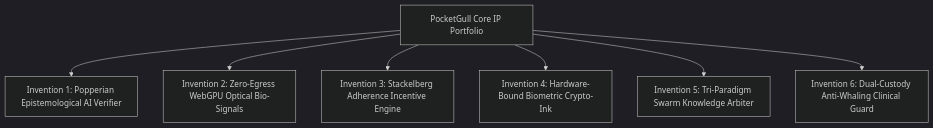
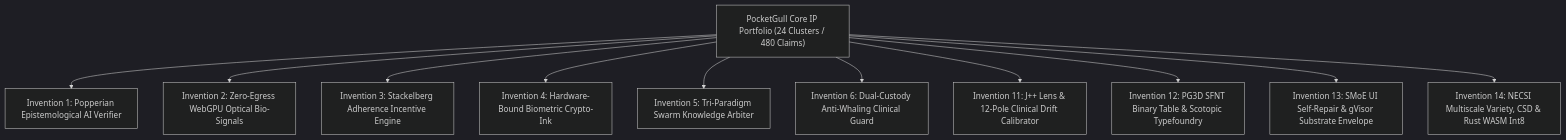
One commit to pocketgull-app/pocketgull changed the diagram in docs/research/POCKETGULL_IP_AND_PATENT_PORTFOLIO.md. Above: the diagram before and after it, drawn with Mermaid (dark theme). The commit also changed other lines of this file and 5 other files, not shown here.

Commit message:
feat(clinical): expand patent registry charter to 480 ip claims

````diff
--- a/docs/research/POCKETGULL_IP_AND_PATENT_PORTFOLIO.md
+++ b/docs/research/POCKETGULL_IP_AND_PATENT_PORTFOLIO.md
@@ -10,9 +10,13 @@
 ```mermaid
 graph TD
-    PG[PocketGull Core IP Portfolio] --> INV1[Invention 1: Popperian Epistemological AI Verifier]
-    PG --> INV2[Invention 2: Zero-Egress WebGPU Optical Bio-Signals]
-    PG --> INV3[Invention 3: Stackelberg Adherence Incentive Engine]
-    PG --> INV4[Invention 4: Hardware-Bound Biometric Crypto-Ink]
-    PG --> INV5[Invention 5: Tri-Paradigm Swarm Knowledge Arbiter]
-    PG --> INV6[Invention 6: Dual-Custody Anti-Whaling Clinical Guard]
+    PG["PocketGull Core IP Portfolio (24 Clusters / 480 Claims)"] --> INV1["Invention 1: Popperian Epistemological AI Verifier"]
+    PG --> INV2["Invention 2: Zero-Egress WebGPU Optical Bio-Signals"]
+    PG --> INV3["Invention 3: Stackelberg Adherence Incentive Engine"]
+    PG --> INV4["Invention 4: Hardware-Bound Biometric Crypto-Ink"]
+    PG --> INV5["Invention 5: Tri-Paradigm Swarm Knowledge Arbiter"]
+    PG --> INV6["Invention 6: Dual-Custody Anti-Whaling Clinical Guard"]
+    PG --> INV11["Invention 11: J++ Lens & 12-Pole Clinical Drift Calibrator"]
+    PG --> INV12["Invention 12: PG3D SFNT Binary Table & Scotopic Typefoundry"]
+    PG --> INV13["Invention 13: SMoE UI Self-Repair & gVisor Substrate Envelope"]
+    PG --> INV14["Invention 14: NECSI Multiscale Variety, CSD & Rust WASM Int8"]
 ```
````
